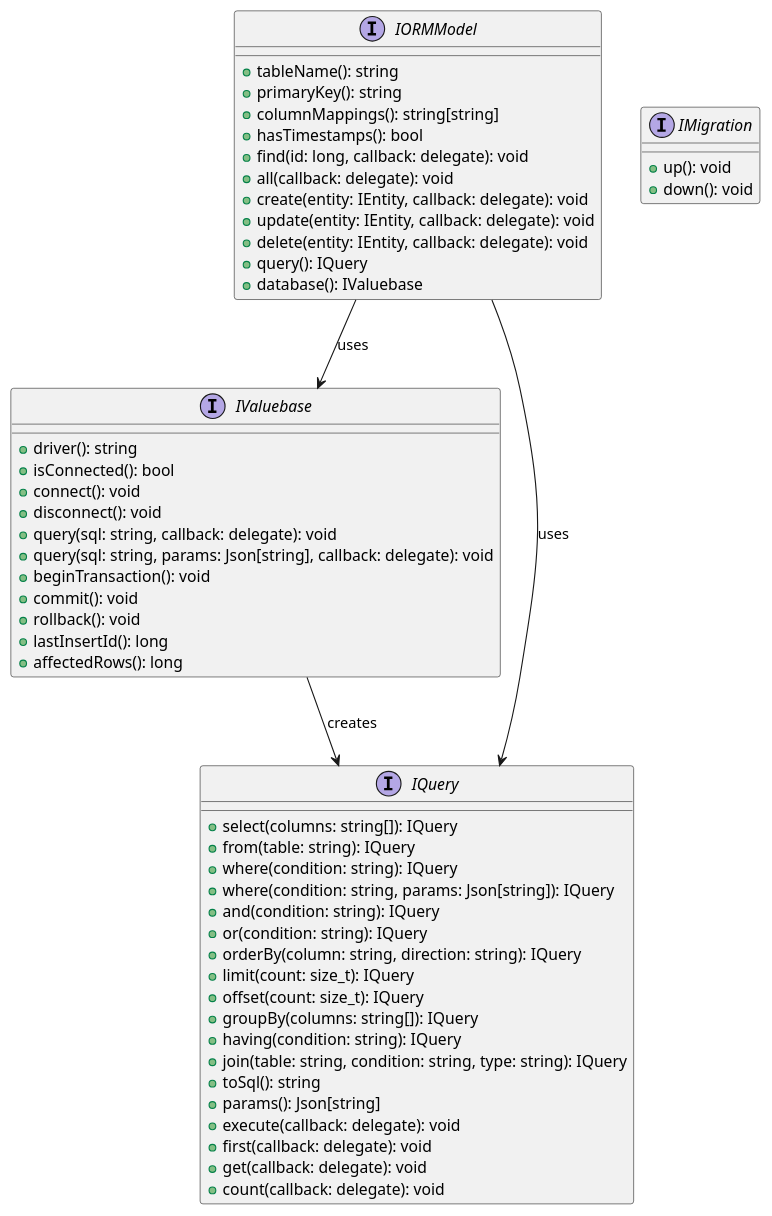
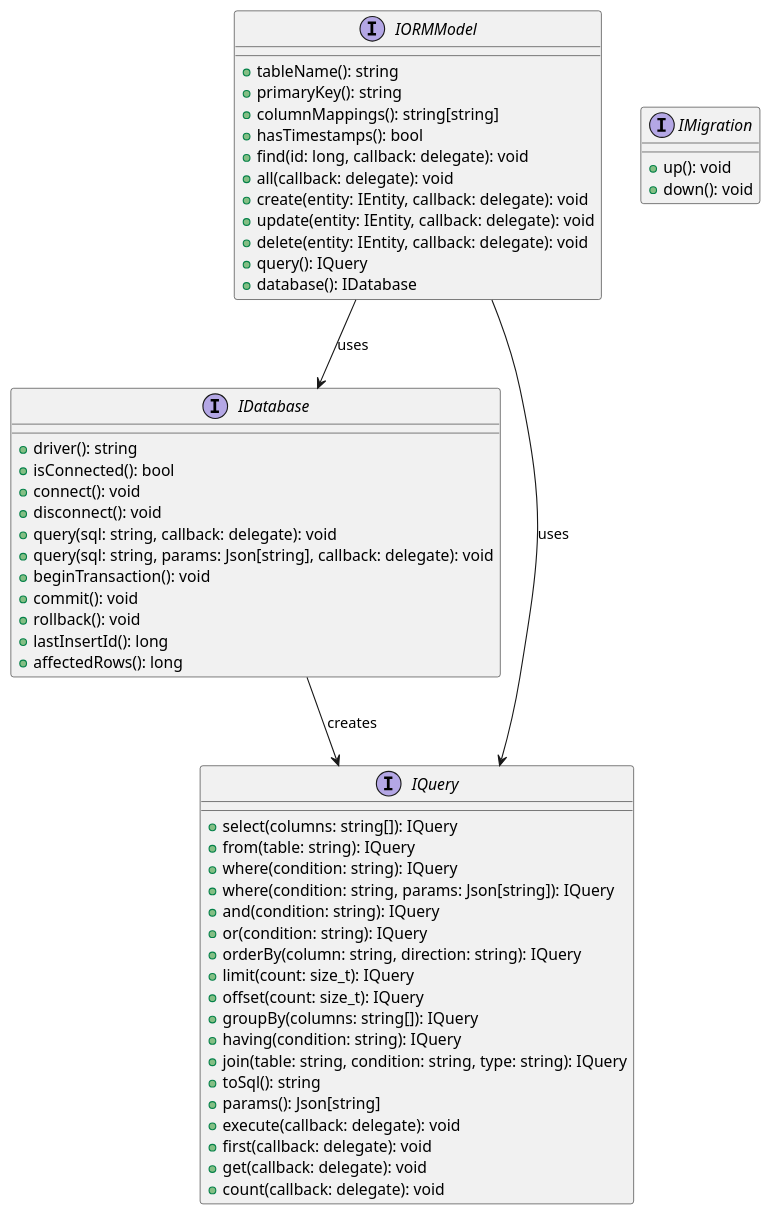
Before and after one commit to UIMSolutions/uim-framework: the first of 9 diagrams in orm/UML.md, drawn with PlantUML. The commit also changed other lines of this file and 21 other files, not shown here.

````diff
--- a/orm/UML.md
+++ b/orm/UML.md
@@ -17,63 +17,63 @@
 ```plantuml
 @startuml ORM_Interfaces
 
-interface IValuebase {
+interface IDatabase {
   + driver(): string
   + isConnected(): bool
   + connect(): void
   + disconnect(): void
   + query(sql: string, callback: delegate): void
   + query(sql: string, params: Json[string], callback: delegate): void
   + beginTransaction(): void
   + commit(): void
   + rollback(): void
   + lastInsertId(): long
   + affectedRows(): long
 }
 
 interface IQuery {
   + select(columns: string[]): IQuery
   + from(table: string): IQuery
   + where(condition: string): IQuery
   + where(condition: string, params: Json[string]): IQuery
   + and(condition: string): IQuery
   + or(condition: string): IQuery
   + orderBy(column: string, direction: string): IQuery
   + limit(count: size_t): IQuery
   + offset(count: size_t): IQuery
   + groupBy(columns: string[]): IQuery
   + having(condition: string): IQuery
   + join(table: string, condition: string, type: string): IQuery
   + toSql(): string
   + params(): Json[string]
   + execute(callback: delegate): void
   + first(callback: delegate): void
   + get(callback: delegate): void
   + count(callback: delegate): void
 }
 
 interface IORMModel {
   + tableName(): string
   + primaryKey(): string
   + columnMappings(): string[string]
   + hasTimestamps(): bool
   + find(id: long, callback: delegate): void
   + all(callback: delegate): void
   + create(entity: IEntity, callback: delegate): void
   + update(entity: IEntity, callback: delegate): void
   + delete(entity: IEntity, callback: delegate): void
   + query(): IQuery
-  + database(): IValuebase
+  + database(): IDatabase
 }
 
 interface IMigration {
   + up(): void
   + down(): void
 }
 
-IValuebase --> IQuery : creates
-IORMModel --> IValuebase : uses
+IDatabase --> IQuery : creates
+IORMModel --> IDatabase : uses
 IORMModel --> IQuery : uses
 
 @enduml
 ```
````
